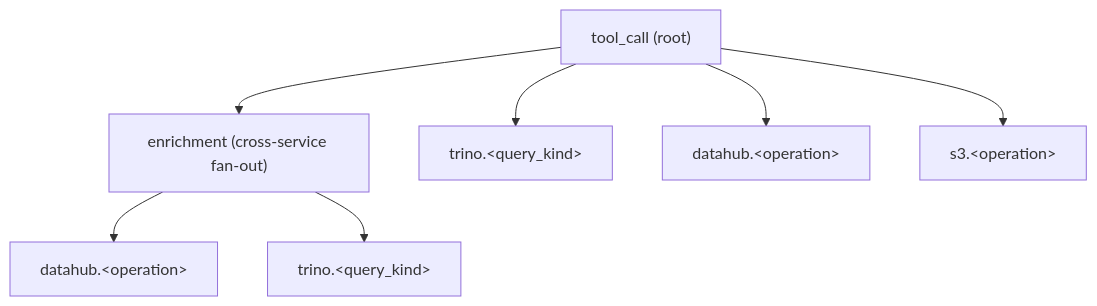
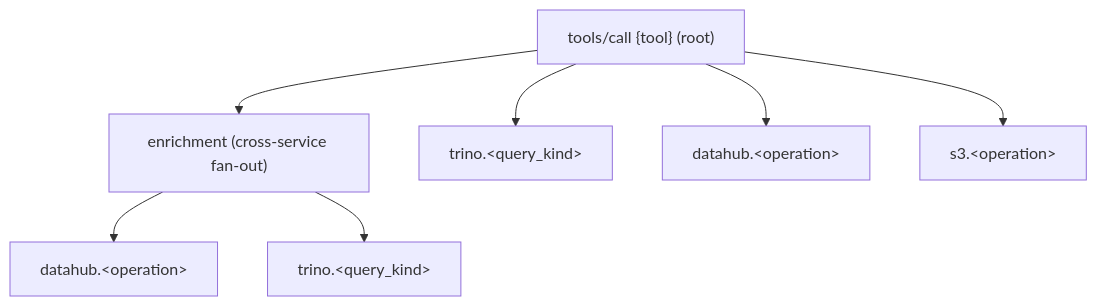
Before and after one commit to txn2/mcp-data-platform: the diagram in docs/server/observability.md, drawn with Mermaid. The commit also changed other lines of this file and 133 other files, not shown here.

````diff
--- a/docs/server/observability.md
+++ b/docs/server/observability.md
@@ -569,9 +652,9 @@
 ```mermaid
 graph TD
-    Root["tool_call (root)"] --> Enrich["enrichment (cross-service fan-out)"]
+    Root["tools/call {tool} (root)"] --> Enrich["enrichment (cross-service fan-out)"]
     Root --> Trino["trino.&lt;query_kind&gt;"]
     Root --> DataHub["datahub.&lt;operation&gt;"]
     Root --> S3["s3.&lt;operation&gt;"]
     Enrich --> DataHubE["datahub.&lt;operation&gt;"]
     Enrich --> TrinoE["trino.&lt;query_kind&gt;"]
 ```
````
